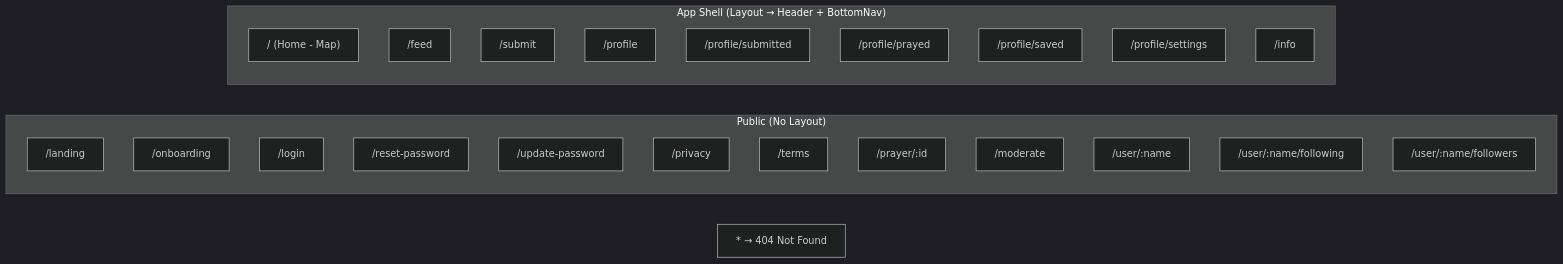
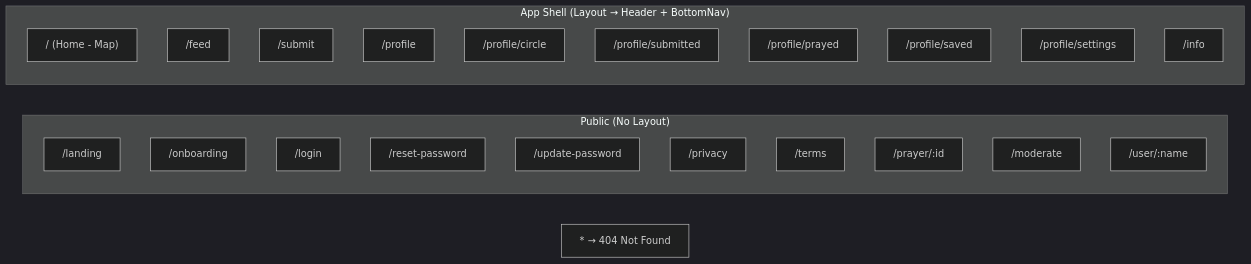
Before and after one commit to Rkigozi/oratio_global: the second of 8 diagrams in docs/ARCHITECTURE.md, drawn with Mermaid (dark theme). The commit also changed other lines of this file and 22 other files, not shown here.

````diff
--- a/docs/ARCHITECTURE.md
+++ b/docs/ARCHITECTURE.md
@@ -45,29 +45,28 @@
 ```mermaid
 graph LR
     subgraph Public["Public (No Layout)"]
         L["/landing"]
         O["/onboarding"]
         LI["/login"]
         RP["/reset-password"]
         UP["/update-password"]
         PR["/privacy"]
         T["/terms"]
         PD["/prayer/:id"]
         M["/moderate"]
         UP2["/user/:name"]
-        UF["/user/:name/following"]
-        UFR["/user/:name/followers"]
     end
     subgraph AppShell["App Shell (Layout → Header + BottomNav)"]
         H["/ (Home - Map)"]
         F["/feed"]
         S["/submit"]
         P["/profile"]
+        PC["/profile/circle"]
         PS["/profile/submitted"]
         PP["/profile/prayed"]
         PV["/profile/saved"]
         PST["/profile/settings"]
         I["/info"]
     end
     NF["* → 404 Not Found"]
 ```
````
